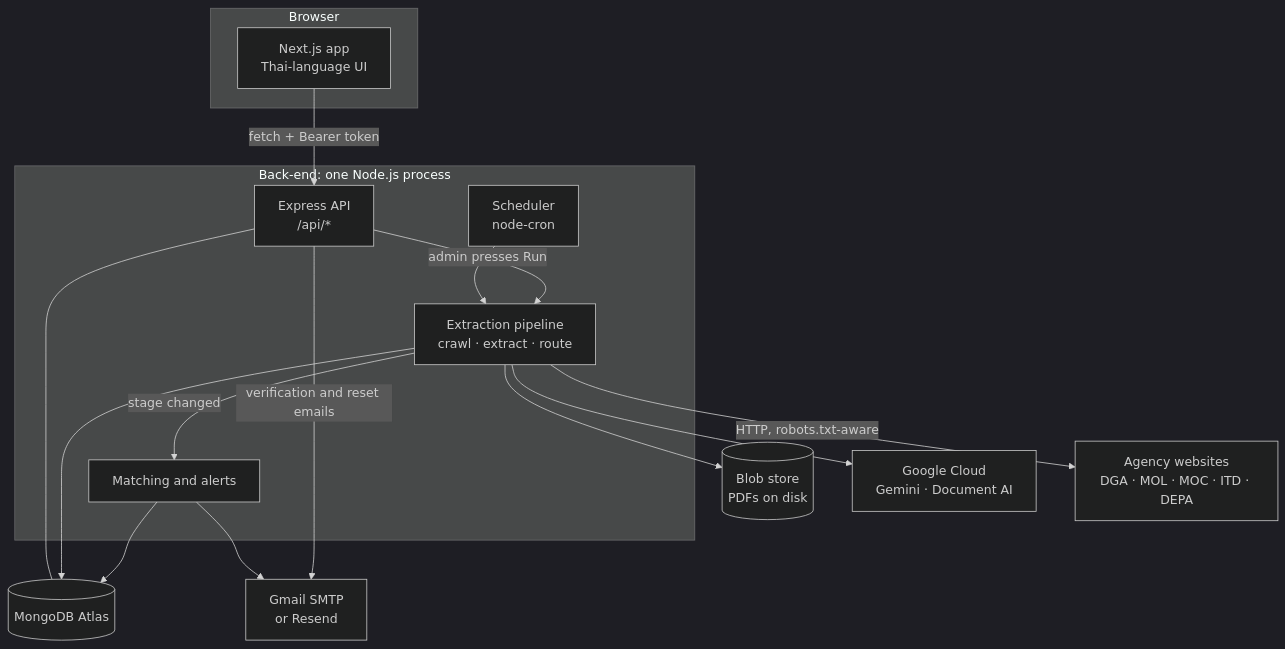
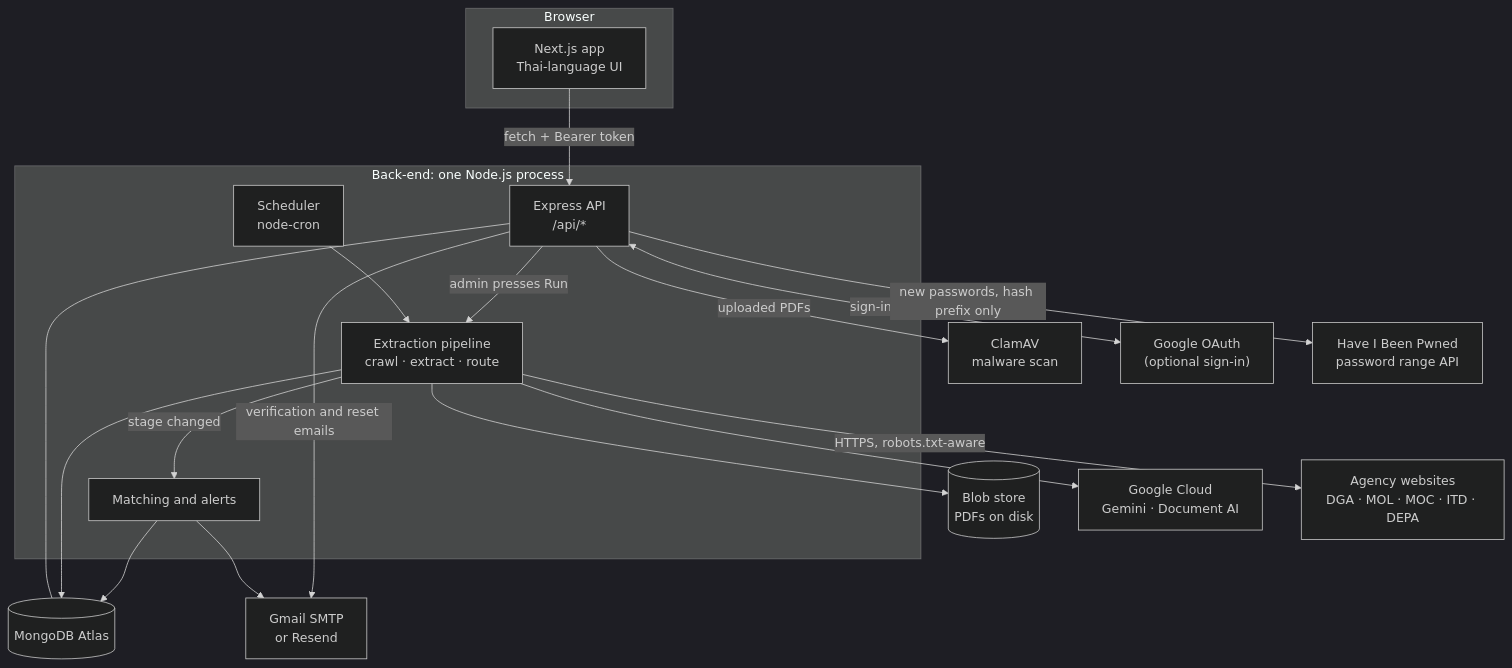
Before and after one commit to KUINFOT/City_Of_Software: the first of 2 diagrams in docs/architecture.md, drawn with Mermaid (dark theme). The commit also changed other lines of this file and 16 other files, not shown here.

First line of the commit message:
docs: update for the security hardening and Google sign-in

````diff
--- a/docs/architecture.md
+++ b/docs/architecture.md
@@ -11,32 +11,38 @@
 ```mermaid
 flowchart TB
     subgraph Browser
         UI["Next.js app<br/>Thai-language UI"]
     end
 
     subgraph Server["Back-end: one Node.js process"]
         API["Express API<br/>/api/*"]
         SCH["Scheduler<br/>node-cron"]
         PIPE["Extraction pipeline<br/>crawl · extract · route"]
         MATCH["Matching and alerts"]
     end
 
     DB[("MongoDB Atlas")]
     FS[("Blob store<br/>PDFs on disk")]
     GCP["Google Cloud<br/>Gemini · Document AI"]
     SITES["Agency websites<br/>DGA · MOL · MOC · ITD · DEPA"]
     MAIL["Gmail SMTP<br/>or Resend"]
+    CLAM["ClamAV<br/>malware scan"]
+    GOOG["Google OAuth<br/>(optional sign-in)"]
+    HIBP["Have I Been Pwned<br/>password range API"]
 
     UI -->|"fetch + Bearer token"| API
     API --- DB
     SCH --> PIPE
     API -->|"admin presses Run"| PIPE
     PIPE --> DB
     PIPE --> FS
-    PIPE -->|"HTTP, robots.txt-aware"| SITES
+    PIPE -->|"HTTPS, robots.txt-aware"| SITES
     PIPE --> GCP
     PIPE -->|"stage changed"| MATCH
     MATCH --> DB
     MATCH --> MAIL
     API -->|"verification and reset emails"| MAIL
+    API -->|"uploaded PDFs"| CLAM
+    API <-->|"sign-in"| GOOG
+    API -->|"new passwords, hash prefix only"| HIBP
 ```
````
